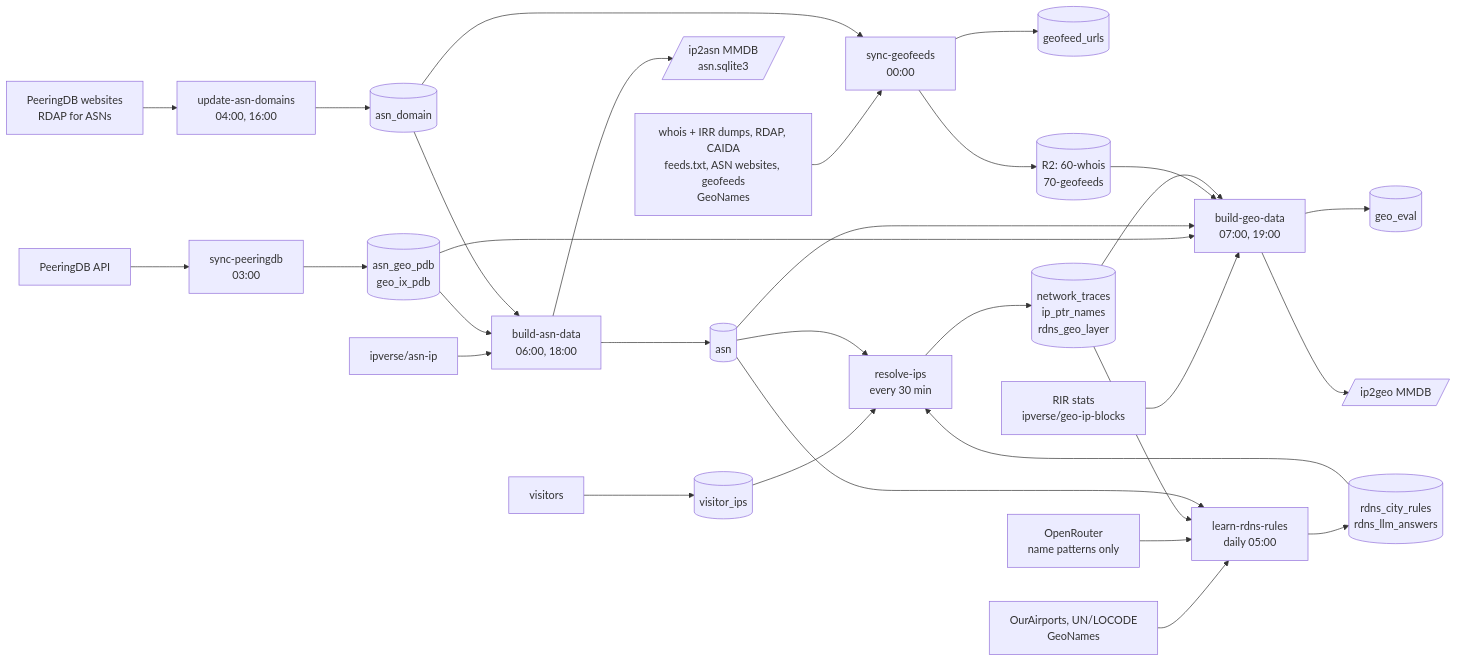
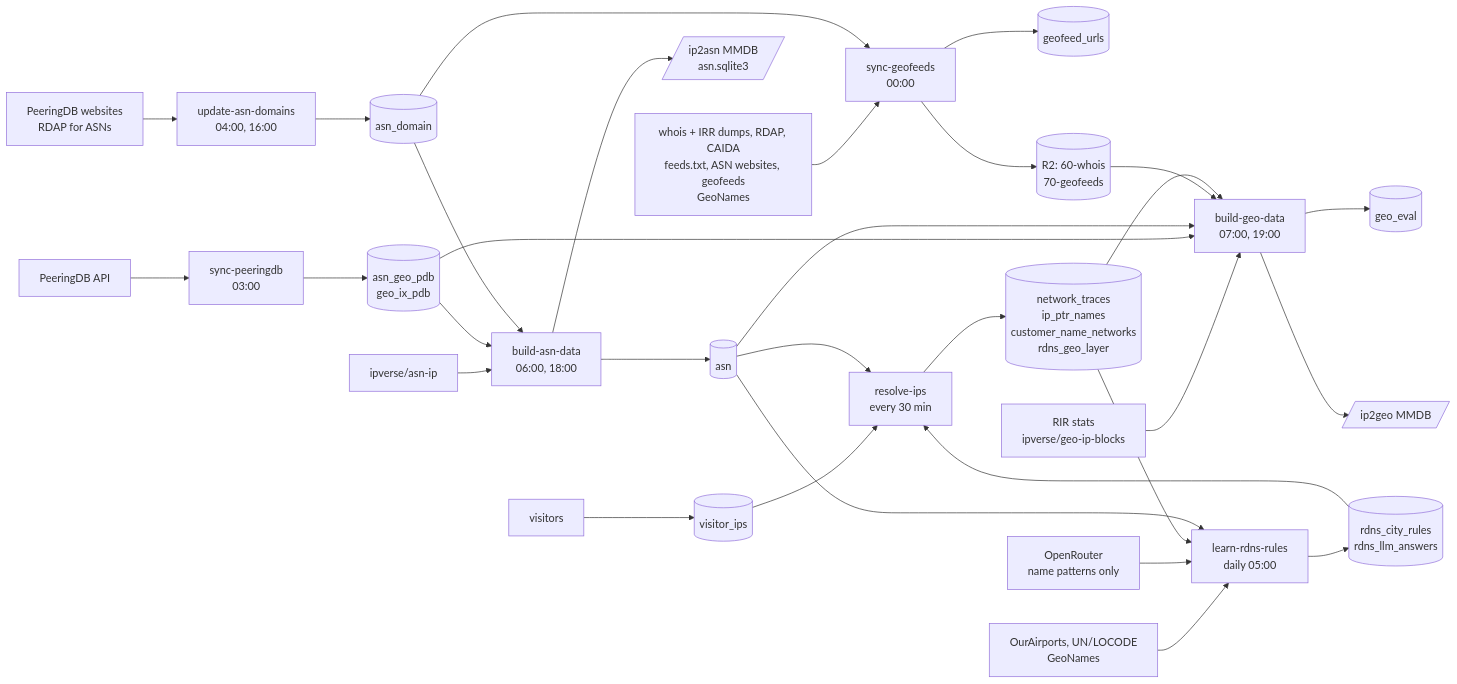
Before and after one commit to shingrus/openipdata.org: the diagram in docs/pipeline.md, drawn with Mermaid. The commit also changed other lines of this file and 23 other files, not shown here.

Commit message:
rdns: sample customer PTR names in the city gap, layer 67-rdns-names

````diff
--- a/docs/pipeline.md
+++ b/docs/pipeline.md
@@ -9,33 +9,33 @@
 ```mermaid
 flowchart LR
   pdbapi[PeeringDB API] --> pdb[sync-peeringdb<br/>03:00]
   pdb --> t_pdb[(asn_geo_pdb<br/>geo_ix_pdb)]
   rdapasn[PeeringDB websites<br/>RDAP for ASNs] --> dom[update-asn-domains<br/>04:00, 16:00]
   dom --> t_dom[(asn_domain)]
   asnip[ipverse/asn-ip] --> asn[build-asn-data<br/>06:00, 18:00]
   t_pdb --> asn
   t_dom --> asn
   asn --> t_asn[(asn)]
   asn --> pub_asn[/ip2asn MMDB<br/>asn.sqlite3/]
   whois[whois + IRR dumps, RDAP, CAIDA<br/>feeds.txt, ASN websites, geofeeds<br/>GeoNames] --> gf[sync-geofeeds<br/>00:00]
   t_dom --> gf
   gf --> t_gf[(geofeed_urls)]
   gf --> r2[(R2: 60-whois<br/>70-geofeeds)]
   rir[RIR stats<br/>ipverse/geo-ip-blocks] --> geo[build-geo-data<br/>07:00, 19:00]
   t_pdb --> geo
   t_asn --> geo
   r2 --> geo
   geo --> t_eval[(geo_eval)]
   geo --> pub_geo[/ip2geo MMDB/]
   visitors[visitors] --> t_vis[(visitor_ips)]
   t_vis --> rd[resolve-ips<br/>every 30 min]
   t_asn --> rd
-  rd --> t_rd[(network_traces<br/>ip_ptr_names<br/>rdns_geo_layer)]
+  rd --> t_rd[(network_traces<br/>ip_ptr_names<br/>customer_name_networks<br/>rdns_geo_layer)]
   t_rd --> geo
   places[OurAirports, UN/LOCODE<br/>GeoNames] --> learn[learn-rdns-rules<br/>daily 05:00]
   llm[OpenRouter<br/>name patterns only] --> learn
   t_rd --> learn
   t_asn --> learn
   learn --> t_rules[(rdns_city_rules<br/>rdns_llm_answers)]
   t_rules --> rd
 ```
````
